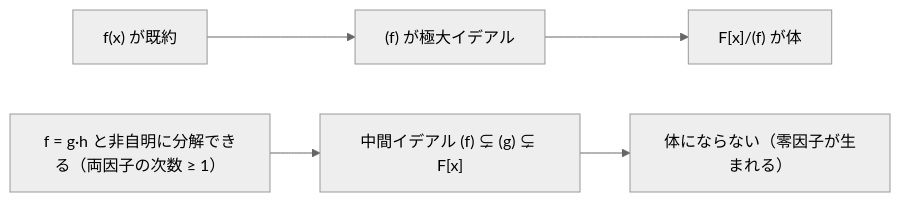
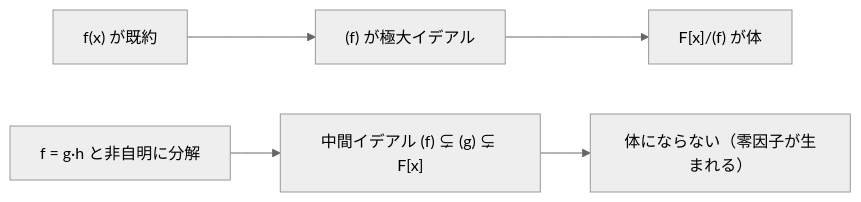
The diagram in topics/01_prerequisites/01_math-for-crypto/04_polynomials-ideals/04_ideals-groebner-intro.md (SomaTomita/sec-prep), drawn with Mermaid (neutral theme) before and after one commit. The commit also changed other lines of this file and 4 other files, not shown here.

````diff
--- a/topics/01_prerequisites/01_math-for-crypto/04_polynomials-ideals/04_ideals-groebner-intro.md
+++ b/topics/01_prerequisites/01_math-for-crypto/04_polynomials-ideals/04_ideals-groebner-intro.md
@@ -49,5 +49,5 @@
 ```mermaid
 flowchart LR
     A["f(x) が既約"] --> B["(f) が極大イデアル"] --> C["F[x]/(f) が体"]
-    A2["f = g·h と非自明に分解できる（両因子の次数 ≥ 1）"] --> B2["中間イデアル (f) ⊊ (g) ⊊ F[x]"] --> C2["体にならない（零因子が生まれる）"]
+    A2["f = g·h と非自明に分解"] --> B2["中間イデアル (f) ⊊ (g) ⊊ F[x]"] --> C2["体にならない（零因子が生まれる）"]
 ```
````
